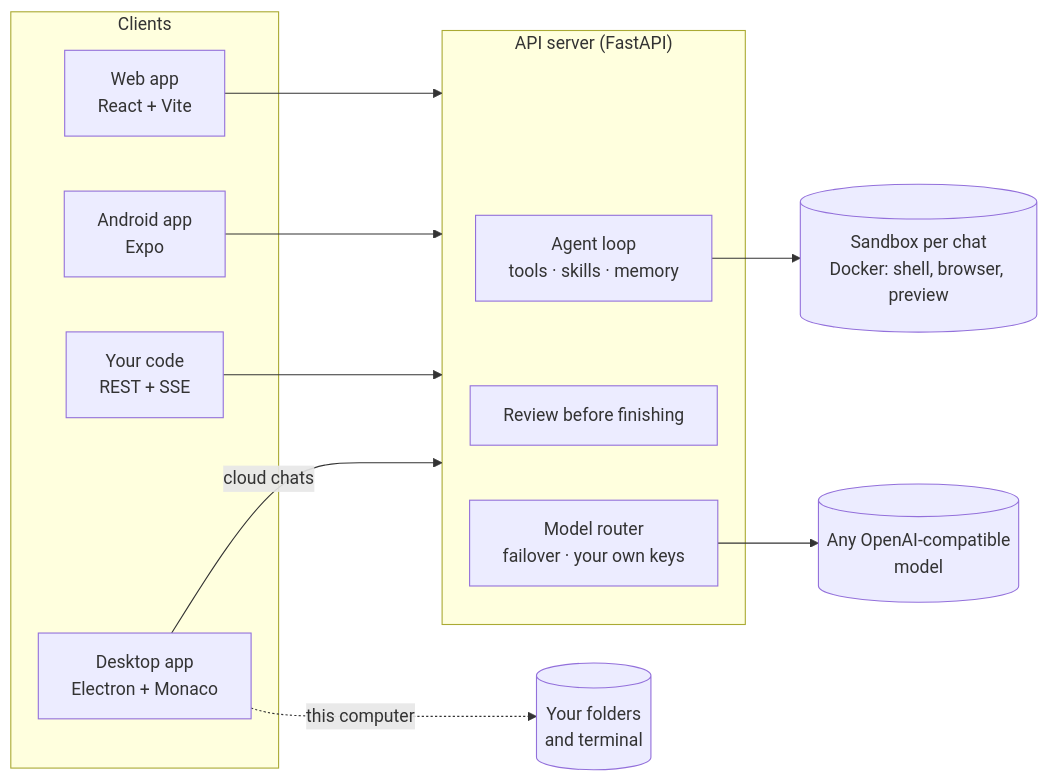
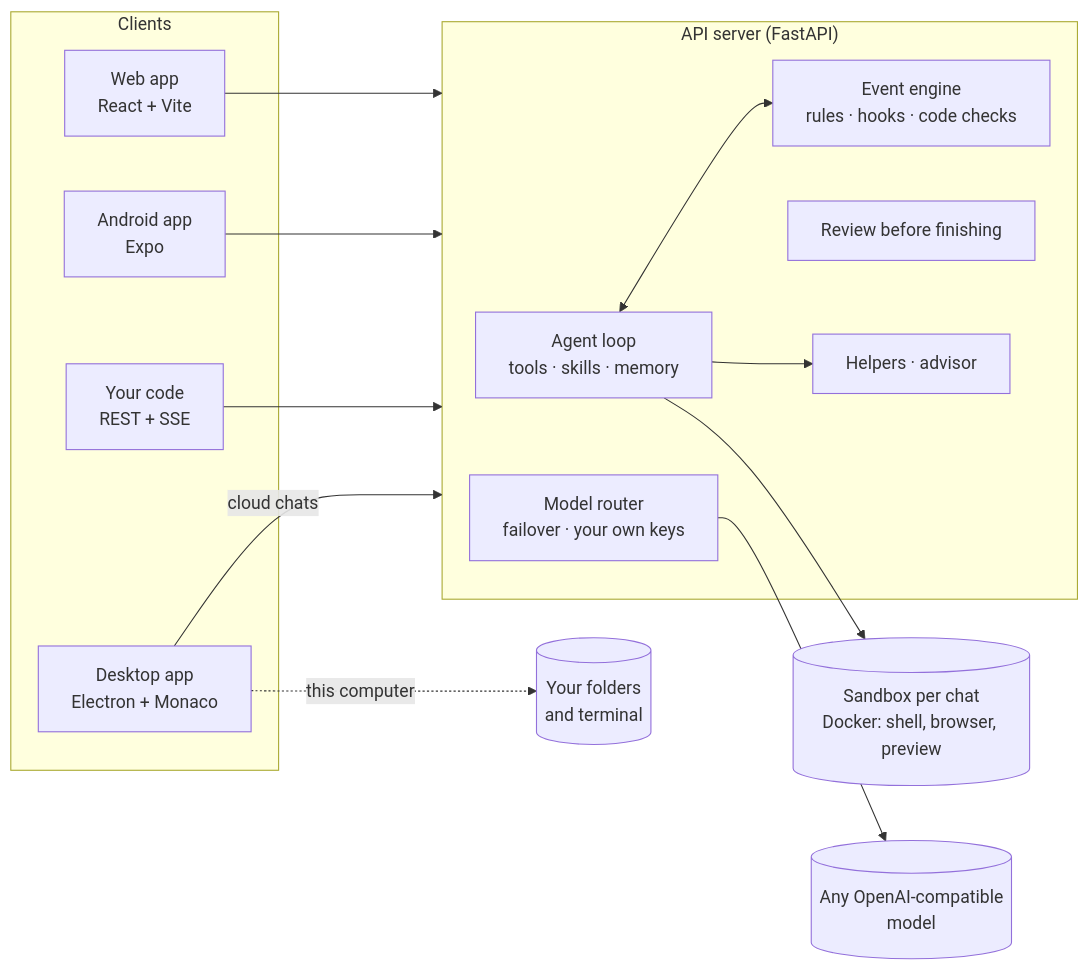
Before and after one commit to forkwiseai/Forkwise-AI: the diagram in README.md, drawn with Mermaid. The commit also changed other lines of this file, not shown here.

Commit message:
README: code checks, advisor, project rules and hooks, helper agents, and how a tool call travels

````diff
--- a/README.md
+++ b/README.md
@@ -202,19 +235,23 @@
 ```mermaid
 flowchart LR
   subgraph Clients
     W[Web app<br/>React + Vite]
     D[Desktop app<br/>Electron + Monaco]
     M[Android app<br/>Expo]
     A[Your code<br/>REST + SSE]
   end
   subgraph Server["API server (FastAPI)"]
     R[Agent loop<br/>tools · skills · memory]
+    E[Event engine<br/>rules · hooks · code checks]
     V[Review before finishing]
+    H[Helpers · advisor]
     P[Model router<br/>failover · your own keys]
   end
   W & M & A --> Server
+  R <--> E
+  R --> H
   D -- "cloud chats" --> Server
   D -. "this computer" .-> L[(Your folders<br/>and terminal)]
   R --> S[(Sandbox per chat<br/>Docker: shell, browser, preview)]
   P --> LLM[(Any OpenAI-compatible<br/>model)]
 ```
````
